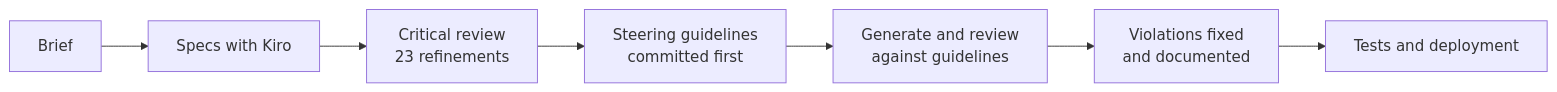
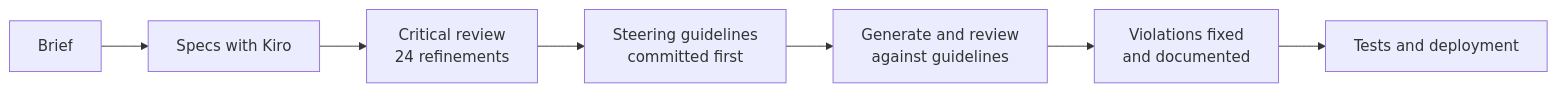
The second of 2 diagrams in README.md (Revou-FSSE-Jun26/module-4-jimWilliam), drawn with Mermaid before and after one commit. The commit also changed other lines of this file and 36 other files, not shown here.

````diff
--- a/README.md
+++ b/README.md
@@ -230,4 +230,4 @@
 ```mermaid
 flowchart LR
-    A[Brief] --> B[Specs with Kiro] --> C[Critical review<br/>23 refinements] --> D[Steering guidelines<br/>committed first] --> E[Generate and review<br/>against guidelines] --> F[Violations fixed<br/>and documented] --> G[Tests and deployment]
+    A[Brief] --> B[Specs with Kiro] --> C[Critical review<br/>24 refinements] --> D[Steering guidelines<br/>committed first] --> E[Generate and review<br/>against guidelines] --> F[Violations fixed<br/>and documented] --> G[Tests and deployment]
 ```
````
